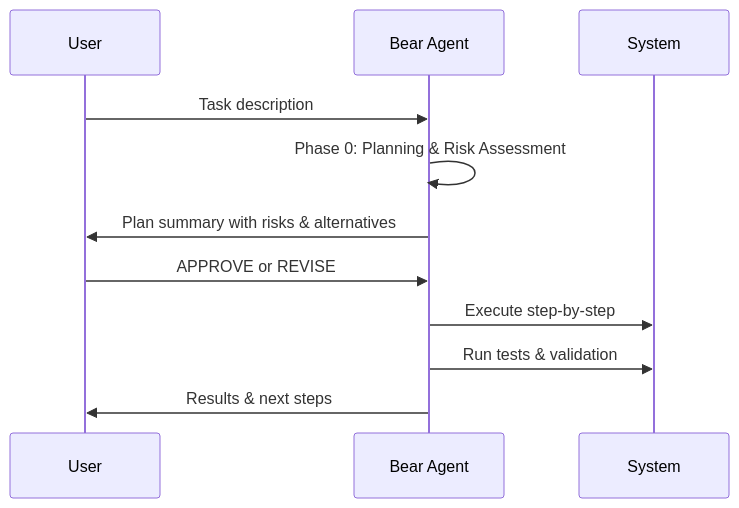
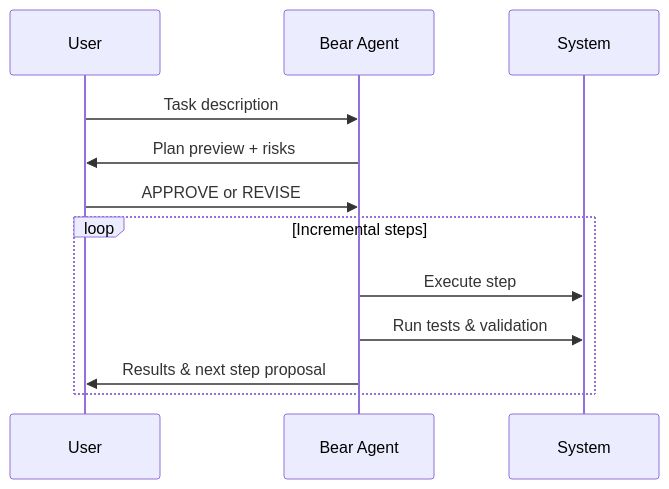
The fifth of 5 diagrams in README.md (bizzkoot/Codex-CLI_Kiro-Bear-Profiles), drawn with Mermaid before and after one commit. The commit also changed other lines of this file and 3 other files, not shown here.

````diff
--- a/README.md
+++ b/README.md
@@ -401,14 +401,15 @@
 ```mermaid
 sequenceDiagram
     participant U as User
     participant B as Bear Agent
     participant S as System
 
     U->>B: Task description
-    B->>B: Phase 0: Planning & Risk Assessment
-    B->>U: Plan summary with risks & alternatives
+    B->>U: Plan preview + risks
     U->>B: APPROVE or REVISE
-    B->>S: Execute step-by-step
-    B->>S: Run tests & validation
-    B->>U: Results & next steps
+    loop Incremental steps
+        B->>S: Execute step
+        B->>S: Run tests & validation
+        B->>U: Results & next step proposal
+    end
 ```
````
